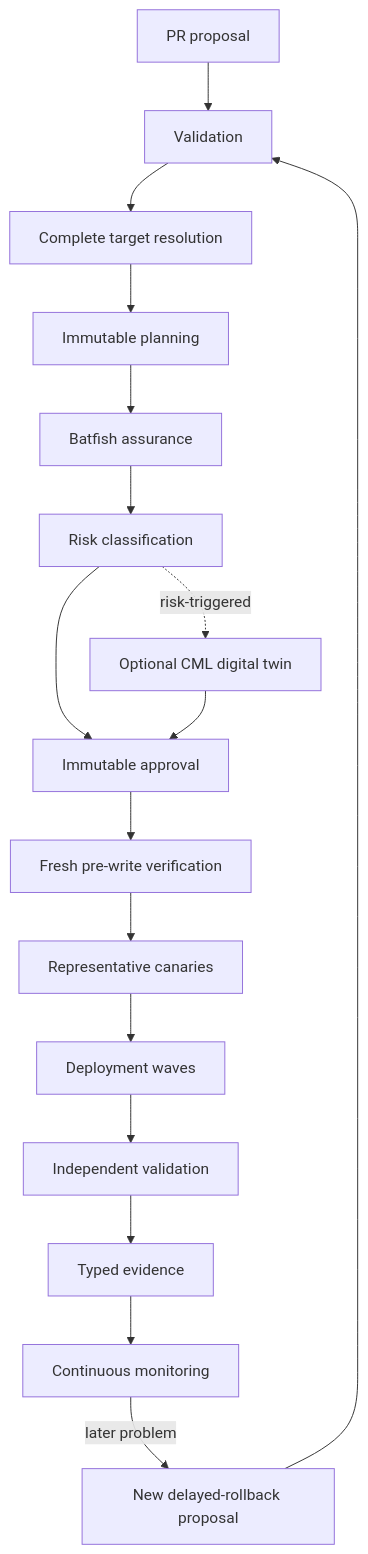
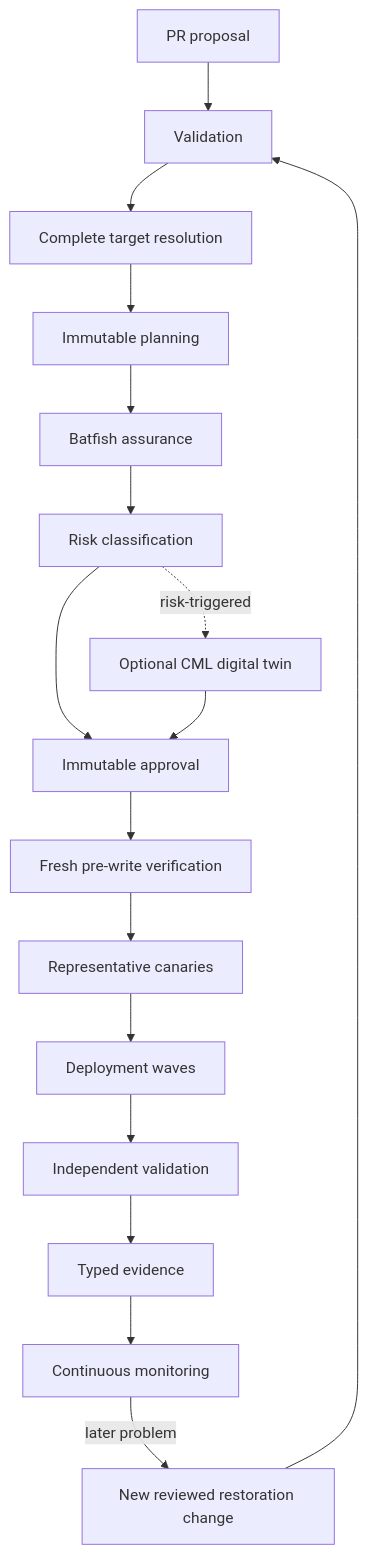
One commit to Atheer-Kareem/network-change-delivery-platform changed the diagram in docs/architecture/change-lifecycle.md. Above: the diagram before and after it, drawn with Mermaid. The commit also changed other lines of this file and 4 other files, not shown here.

````diff
--- a/docs/architecture/change-lifecycle.md
+++ b/docs/architecture/change-lifecycle.md
@@ -7,19 +7,19 @@
 ```mermaid
 flowchart TD
   PR[PR proposal] --> V[Validation]
   V --> T[Complete target resolution]
   T --> P[Immutable planning]
   P --> B[Batfish assurance]
   B --> R[Risk classification]
   R --> A[Immutable approval]
   R -. risk-triggered .-> C[Optional CML digital twin]
   C --> A
   A --> F[Fresh pre-write verification]
   F --> K[Representative canaries]
   K --> W[Deployment waves]
   W --> I[Independent validation]
   I --> E[Typed evidence]
   E --> M[Continuous monitoring]
-  M -->|later problem| D[New delayed-rollback proposal]
+  M -->|later problem| D[New reviewed restoration change]
   D --> V
 ```
````
